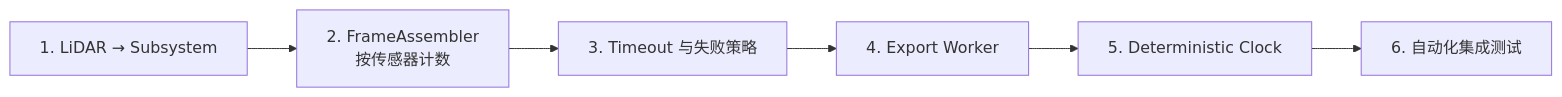
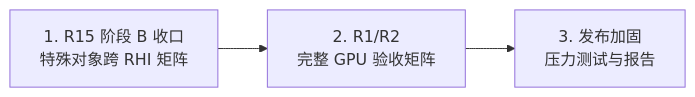
One commit to IceGodles/SensorSimulation changed the ninth of 9 diagrams in Plugins/SensorSimulation/Docs/CurrentArchitecture.md. Above: the diagram before and after it, drawn with Mermaid. The commit also changed other lines of this file and 71 other files, not shown here.

````diff
--- a/Plugins/SensorSimulation/Docs/CurrentArchitecture.md
+++ b/Plugins/SensorSimulation/Docs/CurrentArchitecture.md
@@ -587,11 +949,8 @@
 ```mermaid
 flowchart LR
-    A["1. LiDAR → Subsystem"]
-    B["2. FrameAssembler<br/>按传感器计数"]
-    C["3. Timeout 与失败策略"]
-    D["4. Export Worker"]
-    E["5. Deterministic Clock"]
-    F["6. 自动化集成测试"]
+    A["1. R15 阶段 B 收口<br/>特殊对象跨 RHI 矩阵"]
+    B["2. R1/R2<br/>完整 GPU 验收矩阵"]
+    C["3. 发布加固<br/>压力测试与报告"]
 
-    A --> B --> C --> D --> E --> F
+    A --> B --> C
 ```
````
